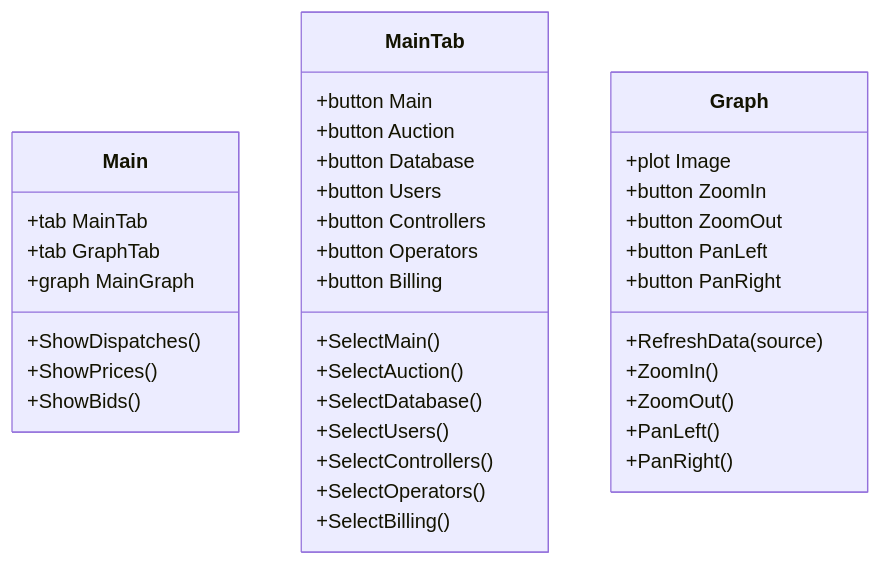
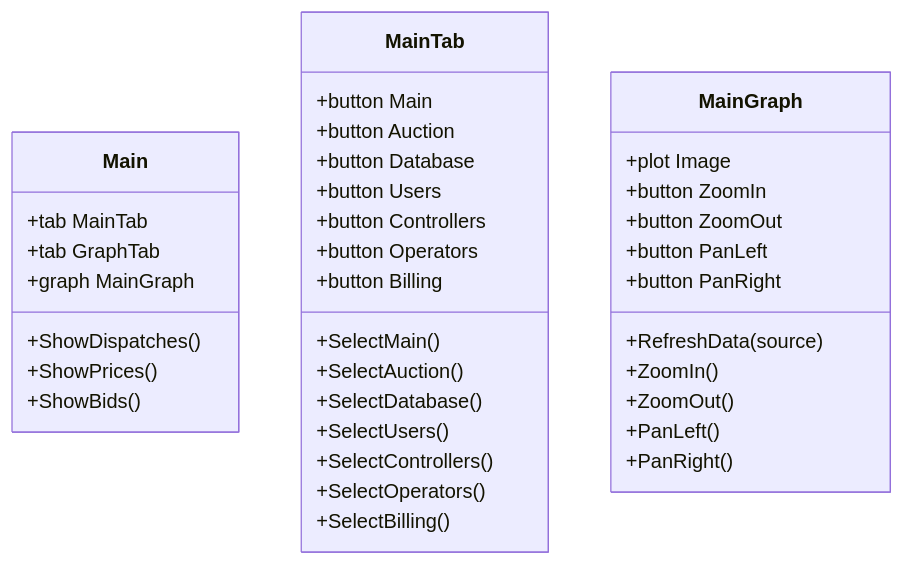
The third of 4 diagrams in docs/operators.md (aivanova5/design), drawn with Mermaid before and after one commit.

````diff
--- a/docs/operators.md
+++ b/docs/operators.md
@@ -36,39 +36,39 @@
 ```mermaid
 classDiagram
   class Main {
     +tab MainTab
     +tab GraphTab
     +graph MainGraph
     +ShowDispatches()
     +ShowPrices()
     +ShowBids()
   }
   class MainTab {
     +button Main
     +button Auction
     +button Database
     +button Users
     +button Controllers
     +button Operators
     +button Billing
     +SelectMain()
     +SelectAuction()
     +SelectDatabase()
     +SelectUsers()
     +SelectControllers()
     +SelectOperators()
     +SelectBilling()
   }
-  class Graph {
+  class MainGraph {
     +plot Image
     +button ZoomIn
     +button ZoomOut
     +button PanLeft
     +button PanRight
     +RefreshData(source)
     +ZoomIn()
     +ZoomOut()
     +PanLeft()
     +PanRight()
   }
 ```
````
